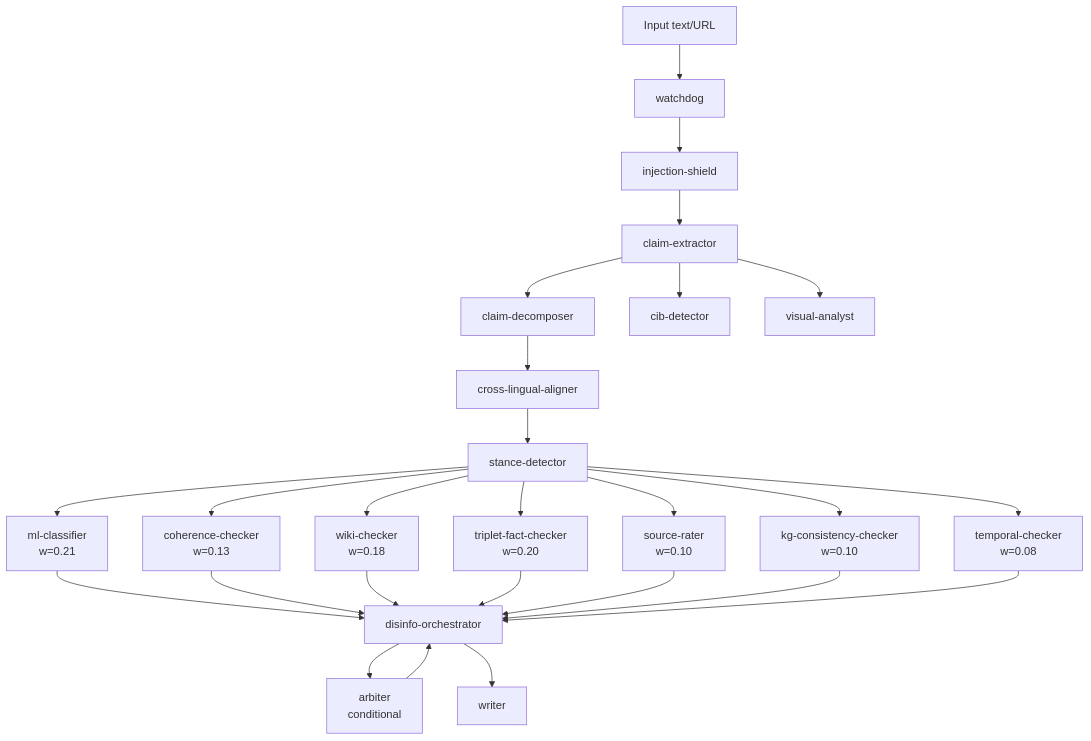
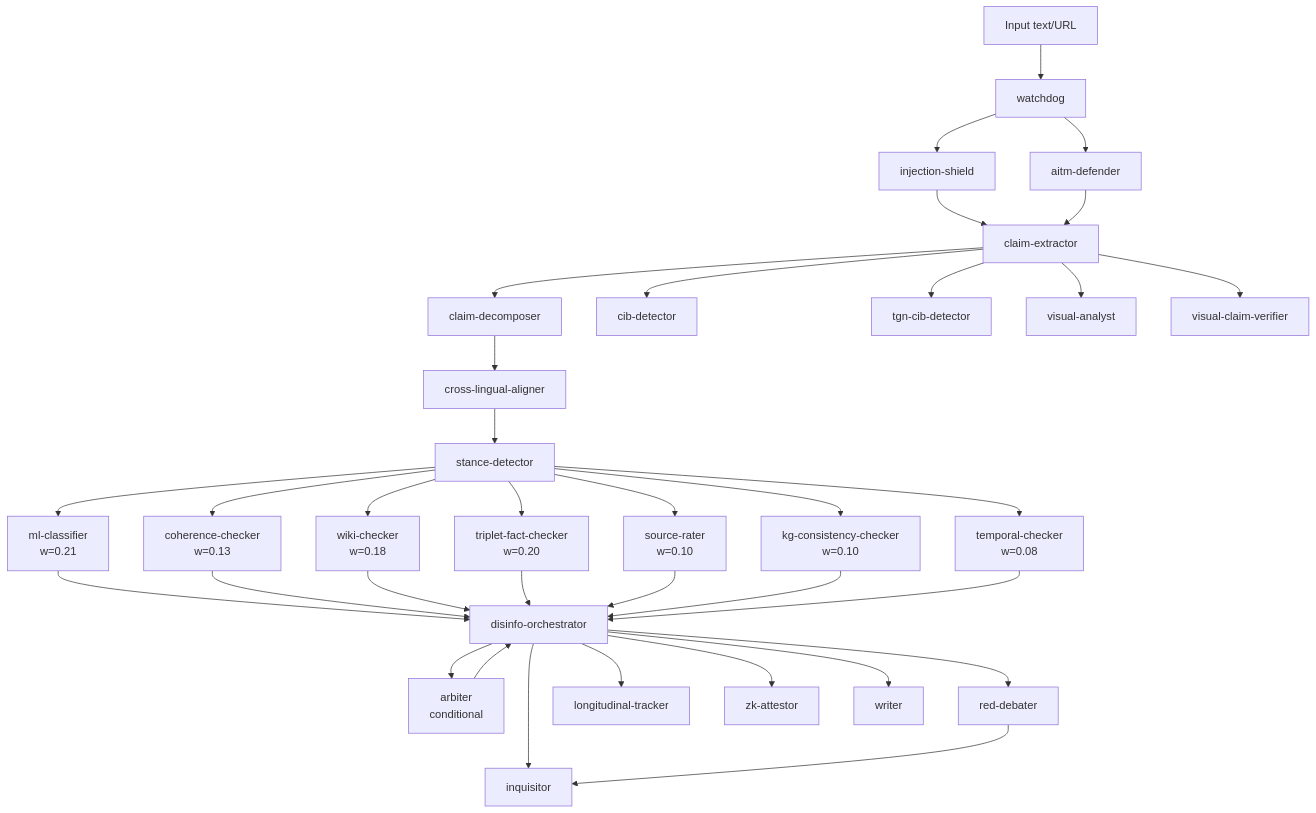
One commit to badmarsh/librefang changed the diagram in docs/disinfo-pipeline.md. Above: the diagram before and after it, drawn with Mermaid. The commit also changed 8 other files, not shown here.

````diff
--- a/docs/disinfo-pipeline.md
+++ b/docs/disinfo-pipeline.md
@@ -10,33 +10,44 @@
 ```mermaid
 graph TD
     Input[Input text/URL] --> Watchdog[watchdog]
     Watchdog --> Shield[injection-shield]
+    Watchdog --> AITM[aitm-defender]
     Shield --> Extractor[claim-extractor]
+    AITM --> Extractor
     
     Extractor --> Decomposer[claim-decomposer]
     Decomposer --> Aligner[cross-lingual-aligner]
     Aligner --> Stance[stance-detector]
     
     Stance --> ML[ml-classifier<br/>w=0.21]
     Stance --> Coherence[coherence-checker<br/>w=0.13]
     Stance --> Wiki[wiki-checker<br/>w=0.18]
     Stance --> Triplet[triplet-fact-checker<br/>w=0.20]
     Stance --> Source[source-rater<br/>w=0.10]
     Stance --> KG[kg-consistency-checker<br/>w=0.10]
     Stance --> Temporal[temporal-checker<br/>w=0.08]
     
     ML --> Orchestrator[disinfo-orchestrator]
     Coherence --> Orchestrator
     Wiki --> Orchestrator
     Triplet --> Orchestrator
     Source --> Orchestrator
     KG --> Orchestrator
     Temporal --> Orchestrator
     
     Orchestrator --> Arbiter[arbiter<br/>conditional]
     Arbiter --> Orchestrator
+
+    Orchestrator --> RedDebater[red-debater]
+    Orchestrator --> Inquisitor[inquisitor]
+    RedDebater --> Inquisitor
+    
+    Orchestrator --> Longitudinal[longitudinal-tracker]
+    Orchestrator --> ZKAttestor[zk-attestor]
     
     Orchestrator --> Writer[writer]
     Extractor --> CIB[cib-detector]
+    Extractor --> TGNCIB[tgn-cib-detector]
     Extractor --> Visual[visual-analyst]
+    Extractor --> VisualCV[visual-claim-verifier]
 ```
````
